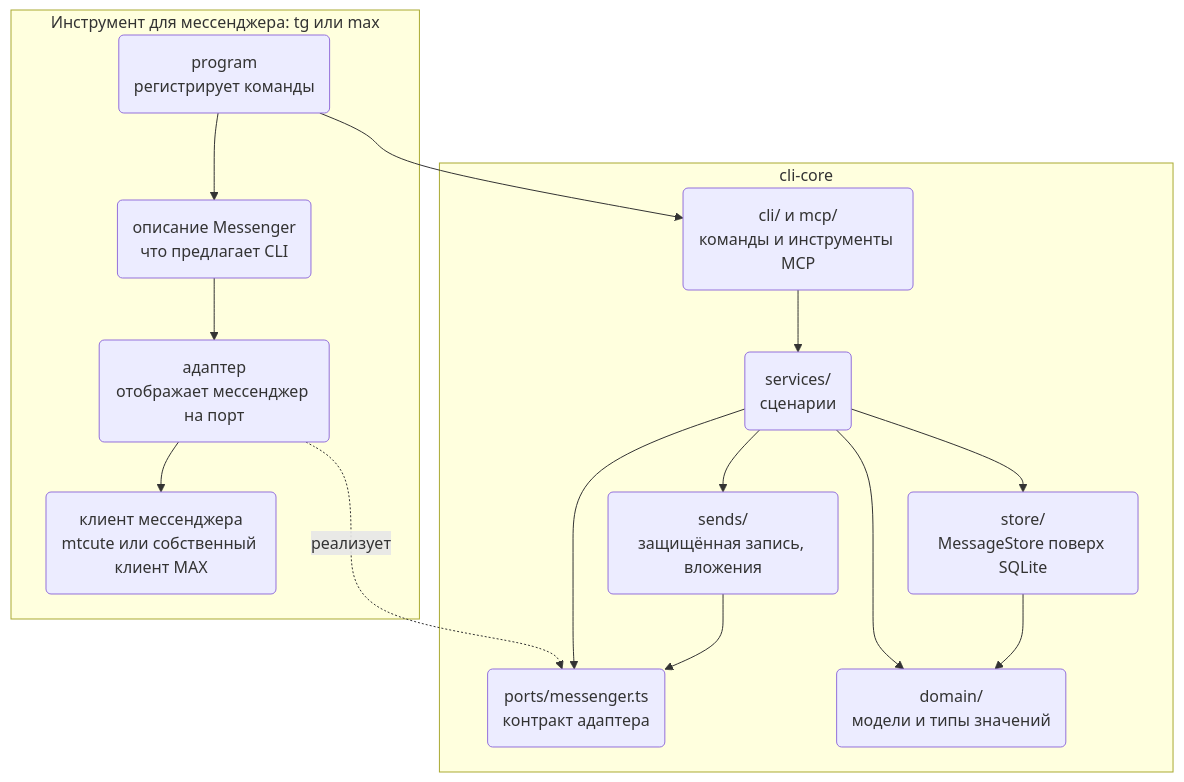
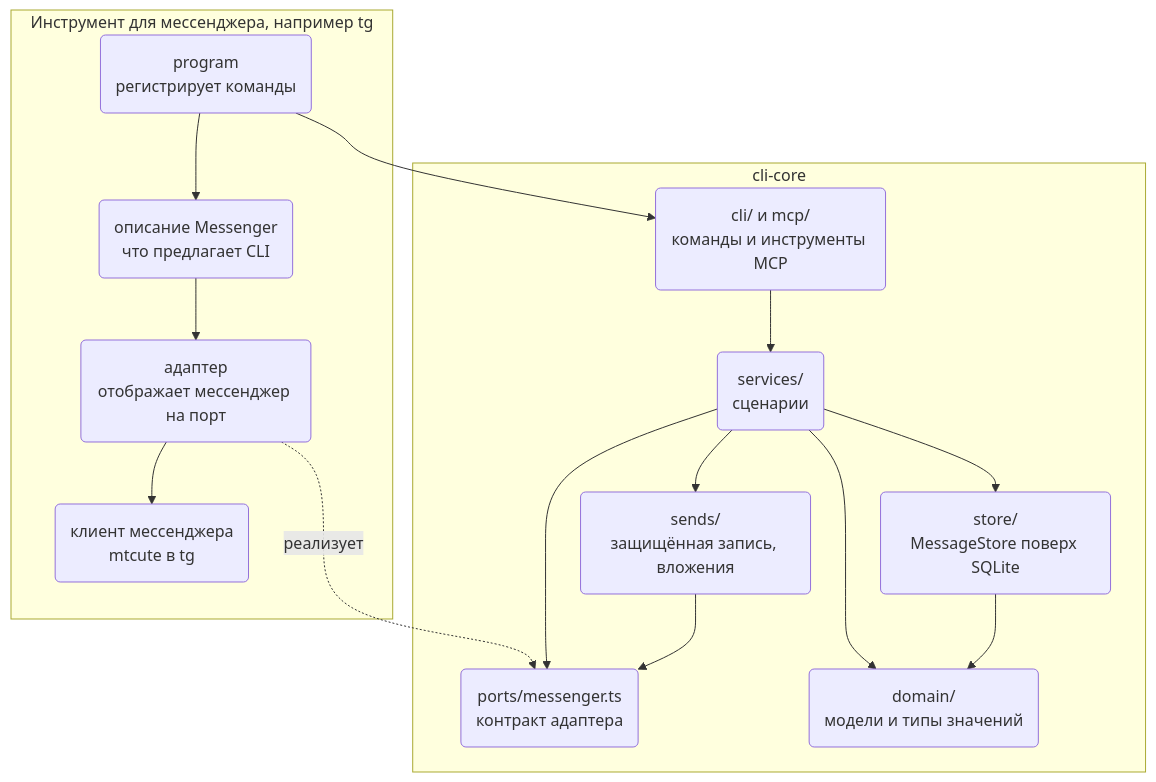
One commit to WireCatLabs/cli-docs changed the second of 5 diagrams in content/docs/code-design.ru.mdx. Above: the diagram before and after it, drawn with Mermaid. The commit also changed other lines of this file and 2 other files, not shown here.

First line of the commit message:
docs(code-design): say what a port is; a clearer contract diagram; tg examples

````diff
--- a/content/docs/code-design.ru.mdx
+++ b/content/docs/code-design.ru.mdx
@@ -50,29 +59,29 @@
 ```mermaid Слои cli-core и то, как к ним подключается инструмент
 graph TB
-  subgraph TOOL["Инструмент для мессенджера: tg или max"]
+  subgraph TOOL["Инструмент для мессенджера, например tg"]
     Program("program<br>регистрирует команды")
     Describe("описание Messenger<br>что предлагает CLI")
     Adapter("адаптер<br>отображает мессенджер на порт")
-    Client("клиент мессенджера<br>mtcute или собственный клиент MAX")
+    Client("клиент мессенджера<br>mtcute в tg")
   end
   subgraph CORE["cli-core"]
     Cli("cli/ и mcp/<br>команды и инструменты MCP")
     Services("services/<br>сценарии")
     Sends("sends/<br>защищённая запись, вложения")
     Port("ports/messenger.ts<br>контракт адаптера")
     Store("store/<br>MessageStore поверх SQLite")
     Domain("domain/<br>модели и типы значений")
   end
   Program --> Cli
   Program --> Describe
   Describe --> Adapter
   Adapter --> Client
   Adapter -.->|реализует| Port
   Cli --> Services
   Services --> Sends
   Services --> Port
   Services --> Store
   Sends --> Port
   Services --> Domain
   Store --> Domain
 ```
````
